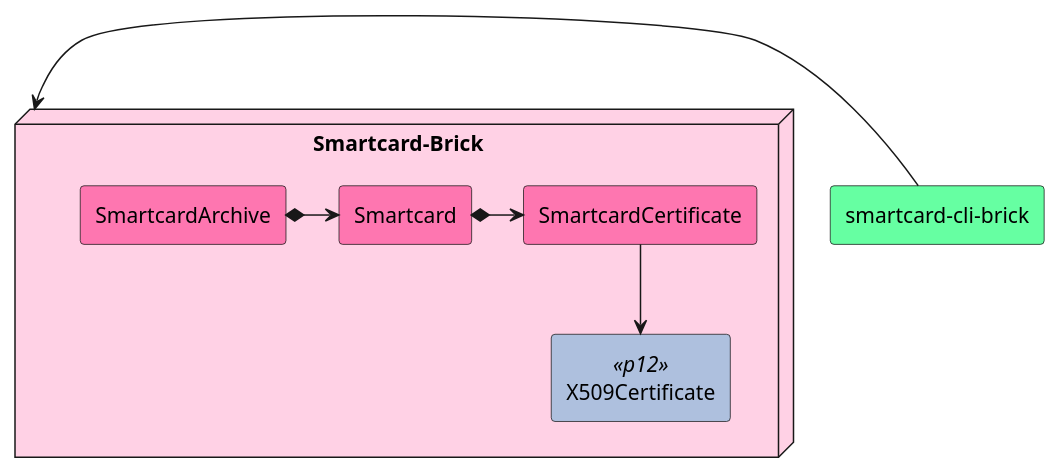
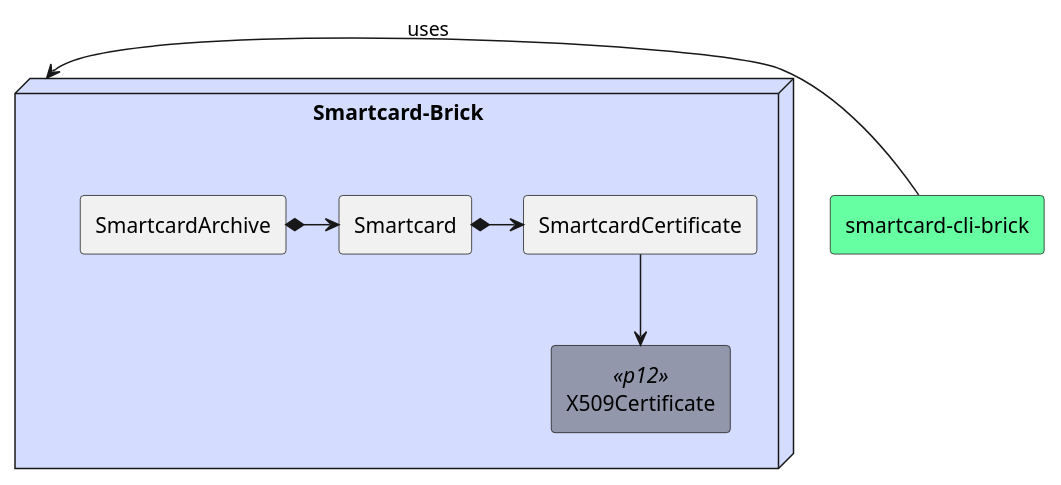
The diagram in adocs/plantuml/smartcard-brick.puml (gematik/lib-bbriccs), drawn with PlantUML before and after one commit. The commit also changed 239 other files, not shown here.

```diff
--- a/adocs/plantuml/smartcard-brick.puml
+++ b/adocs/plantuml/smartcard-brick.puml
@@ -1,24 +1,24 @@
 @startuml
 skinparam componentStyle rectangle
 
 skinparam component {
     BackgroundColor<<external>> Yellow
     BorderColor<<external>> Red
-    BackgroundColor<<p12>> #AEC0DE
+    BackgroundColor<<p12>> #9397ab
 }
 
 [smartcard-cli-brick] #66FFA2
 
-node "Smartcard-Brick" #FFD1E5 {
-    [SmartcardArchive] #FE76B0
-    [Smartcard] #FE76B0
-    [SmartcardCertificate] #FE76B0
+node "Smartcard-Brick" #D4DCFF {
+    [SmartcardArchive]
+    [Smartcard]
+    [SmartcardCertificate]
     [X509Certificate] <<p12>>
 }
 
-[smartcard-cli-brick] -left-> [Smartcard-Brick]
+[smartcard-cli-brick] -left-> [Smartcard-Brick] : "uses"
 [SmartcardArchive] *-right-> [Smartcard]
 [Smartcard] *-right-> [SmartcardCertificate]
 [SmartcardCertificate] -down-> [X509Certificate]
 
 @enduml
```
